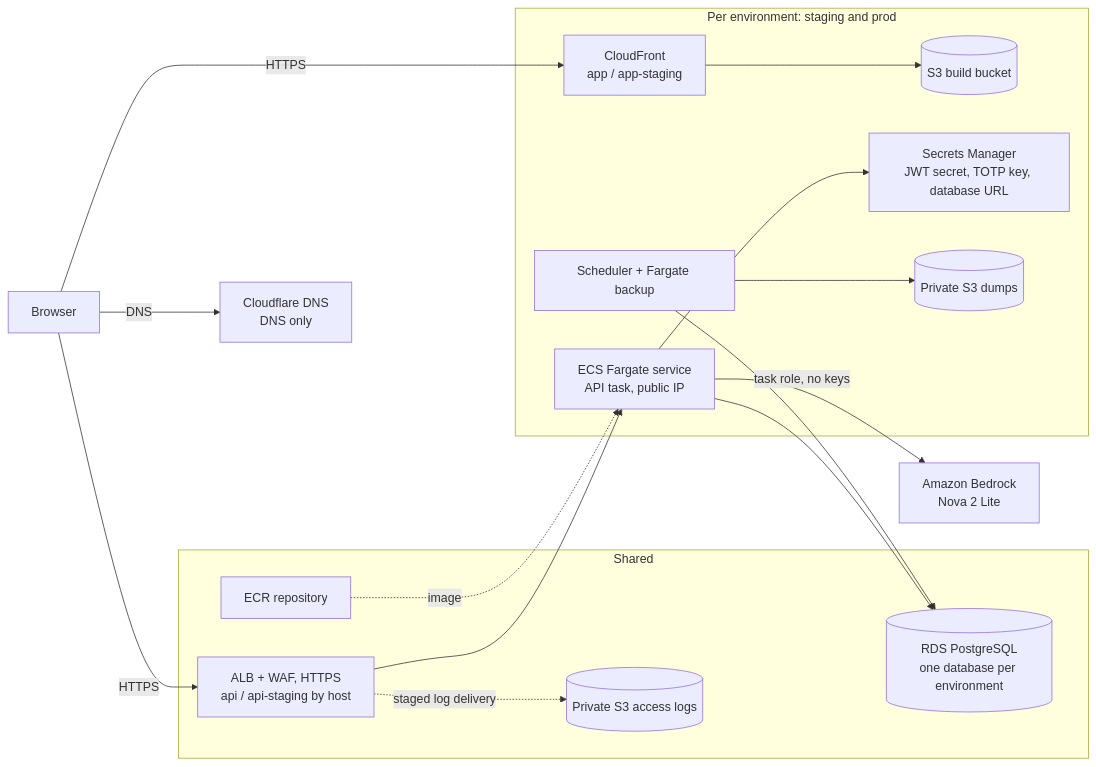
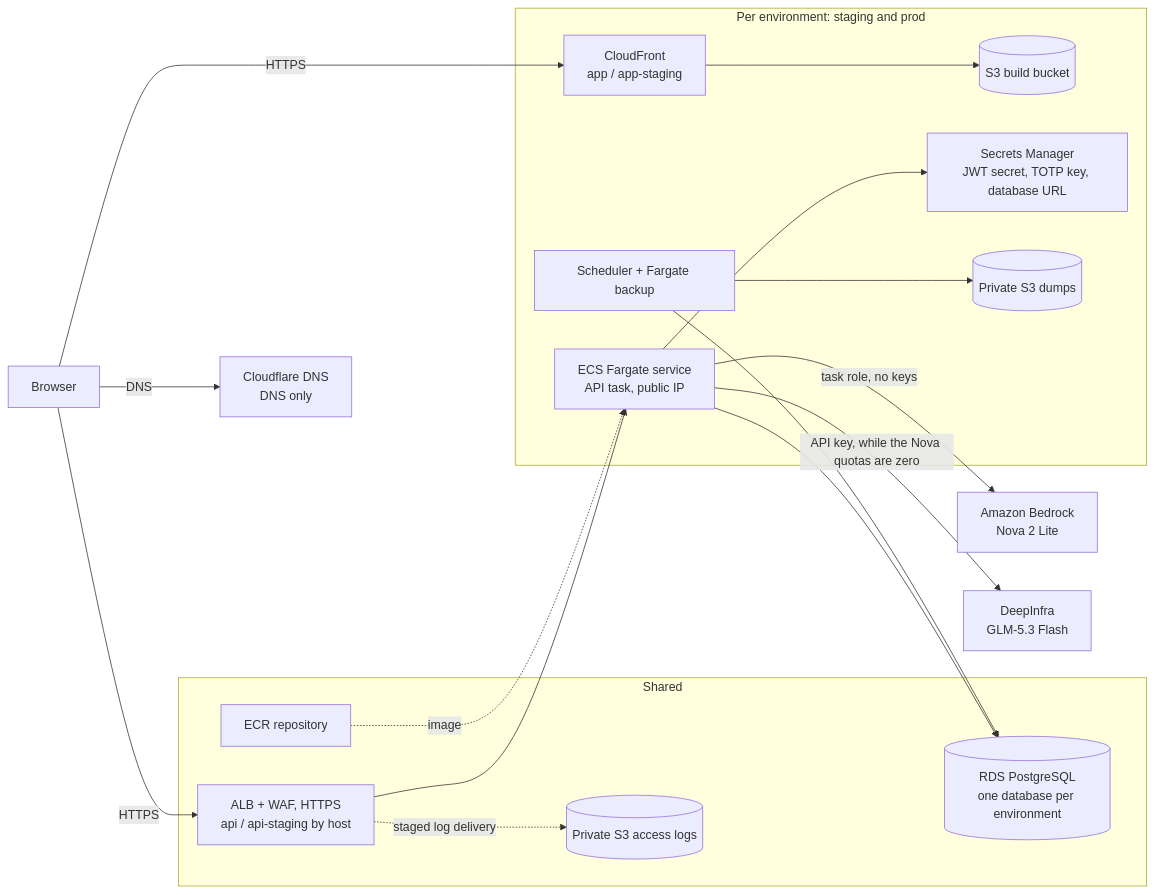
The diagram in docs/architecture/aws.md (victorkauan/silver-proposals-infra), drawn with Mermaid before and after one commit. The commit also changed other lines of this file and 9 other files, not shown here.

First line of the commit message:
feat(api): generate with DeepInfra while the Nova quotas are zero

````diff
--- a/docs/architecture/aws.md
+++ b/docs/architecture/aws.md
@@ -8,31 +8,33 @@
 ```mermaid
 flowchart LR
   user[Browser]
   cf[Cloudflare DNS<br/>DNS only]
   subgraph envs[Per environment: staging and prod]
     cdn[CloudFront<br/>app / app-staging]
     s3[(S3 build bucket)]
     svc[ECS Fargate service<br/>API task, public IP]
     sec[Secrets Manager<br/>JWT secret, TOTP key, database URL]
     dump[Scheduler + Fargate backup]
     backups[(Private S3 dumps)]
   end
   subgraph shared[Shared]
     alb[ALB + WAF, HTTPS<br/>api / api-staging by host]
     rds[(RDS PostgreSQL<br/>one database per environment)]
     ecr[ECR repository]
     logs[(Private S3 access logs)]
   end
   bedrock[Amazon Bedrock<br/>Nova 2 Lite]
+  deepinfra[DeepInfra<br/>GLM-5.3 Flash]
 
   user -- DNS --> cf
   user -- HTTPS --> cdn --> s3
   user -- HTTPS --> alb --> svc
   svc --> rds
   dump --> rds
   dump --> backups
   alb -. staged log delivery .-> logs
   svc -- task role, no keys --> bedrock
+  svc -- API key, while the Nova quotas are zero --> deepinfra
   svc --> sec
   ecr -. image .-> svc
 ```
````
